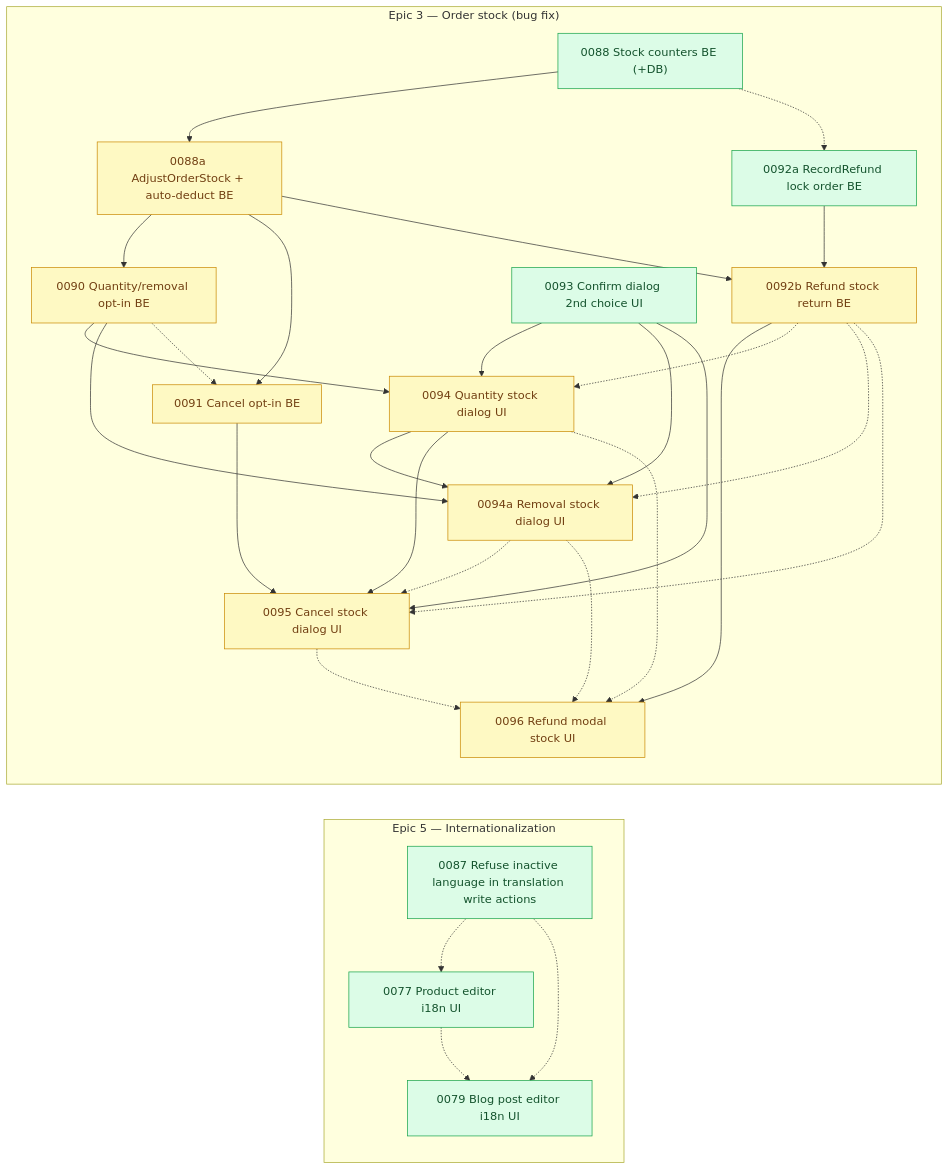
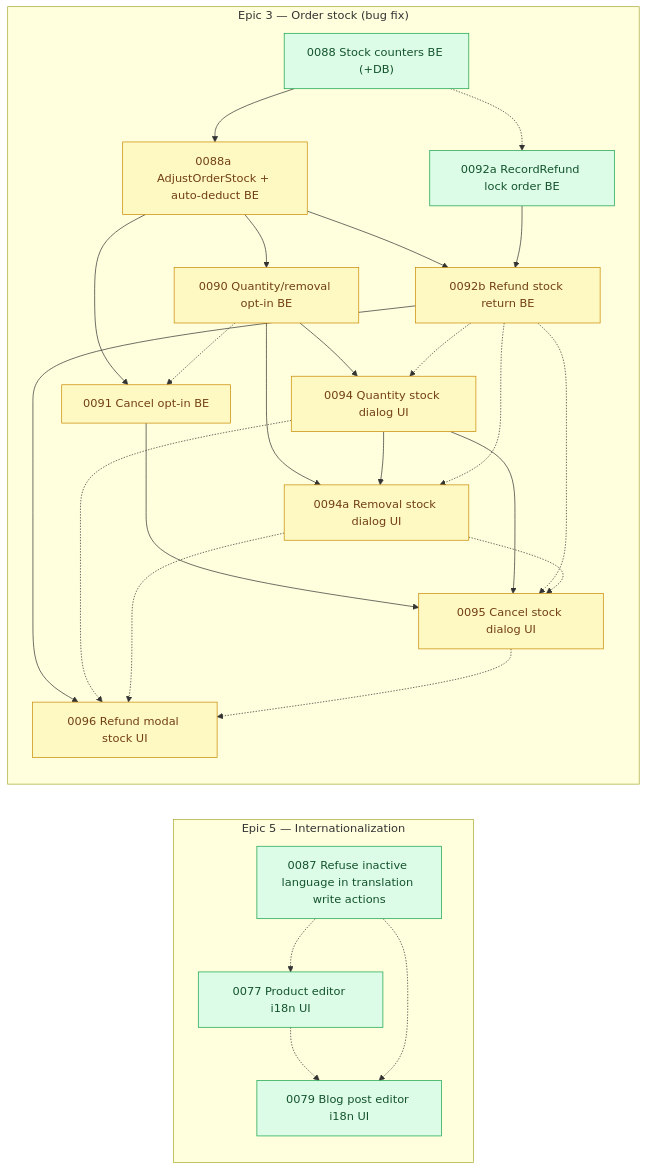
The diagram in arospe/ai-spec/tasks-map.md (shojen/AI4Devs-finalproject), drawn with Mermaid before and after one commit. The commit also changed other lines of this file and 5 other files, not shown here.

```diff
--- a/arospe/ai-spec/tasks-map.md
+++ b/arospe/ai-spec/tasks-map.md
@@ -596,7 +600,6 @@
         P0091["0091 Cancel opt-in BE"]
         P0092a["0092a RecordRefund lock order BE"]
         P0092b["0092b Refund stock return BE"]
-        P0093["0093 Confirm dialog 2nd choice UI"]
         P0094["0094 Quantity stock dialog UI"]
         P0094a["0094a Removal stock dialog UI"]
         P0095["0095 Cancel stock dialog UI"]
@@ -610,12 +613,9 @@
     P0088a --> P0092b
     P0092a --> P0092b
     P0090 --> P0094
-    P0093 --> P0094
     P0090 --> P0094a
-    P0093 --> P0094a
     P0094 --> P0094a
     P0091 --> P0095
-    P0093 --> P0095
     P0094 --> P0095
     P0092b --> P0096
     P0090 -.-> P0091
@@ -627,7 +627,7 @@
     P0094 -.-> P0096
     P0094a -.-> P0096
     P0095 -.-> P0096
-    class P0088,P0092a,P0093 ready;
+    class P0088,P0092a ready;
     class P0088a,P0090,P0091,P0092b,P0094,P0094a,P0095,P0096 pending;
 
     %% Standalone (no PRD epic)
```
